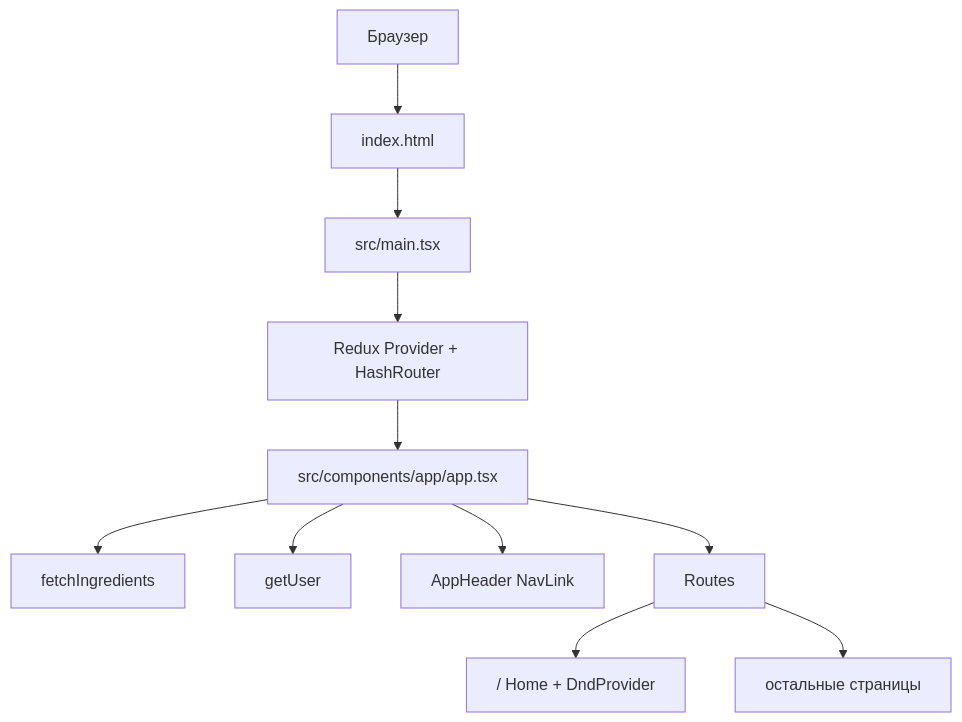
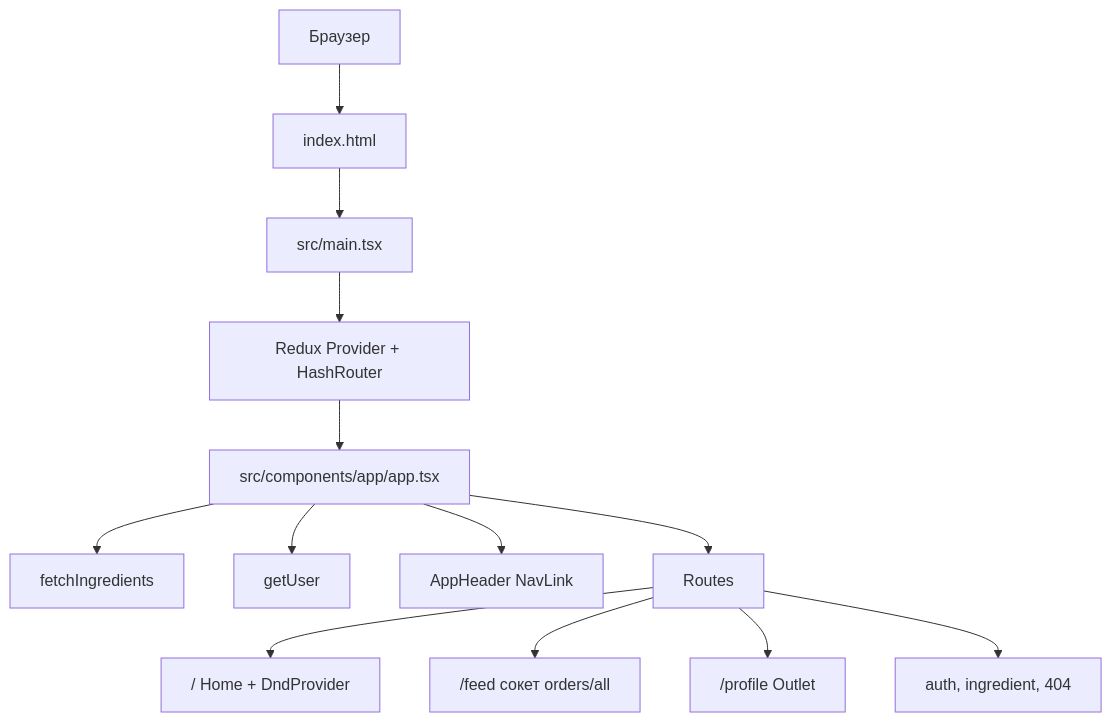
The first of 5 diagrams in docs/project-overview.md (kirillchistov/react-burger-ts), drawn with Mermaid before and after one commit. The commit also changed other lines of this file and 1 other file, not shown here.

````diff
--- a/docs/project-overview.md
+++ b/docs/project-overview.md
@@ -42,13 +48,15 @@
 ```mermaid
 flowchart TD
   Browser[Браузер] --> Html[index.html]
   Html --> Bootstrap[src/main.tsx]
   Bootstrap --> Providers[Redux Provider + HashRouter]
   Providers --> App[src/components/app/app.tsx]
   App --> Fetch[fetchIngredients]
   App --> GetUser[getUser]
   App --> Header[AppHeader NavLink]
   App --> Routes[Routes]
   Routes --> Home["/ Home + DndProvider"]
-  Routes --> Pages[остальные страницы]
+  Routes --> Feed["/feed сокет orders/all"]
+  Routes --> Profile["/profile Outlet"]
+  Routes --> Pages[auth, ingredient, 404]
 ```
````
